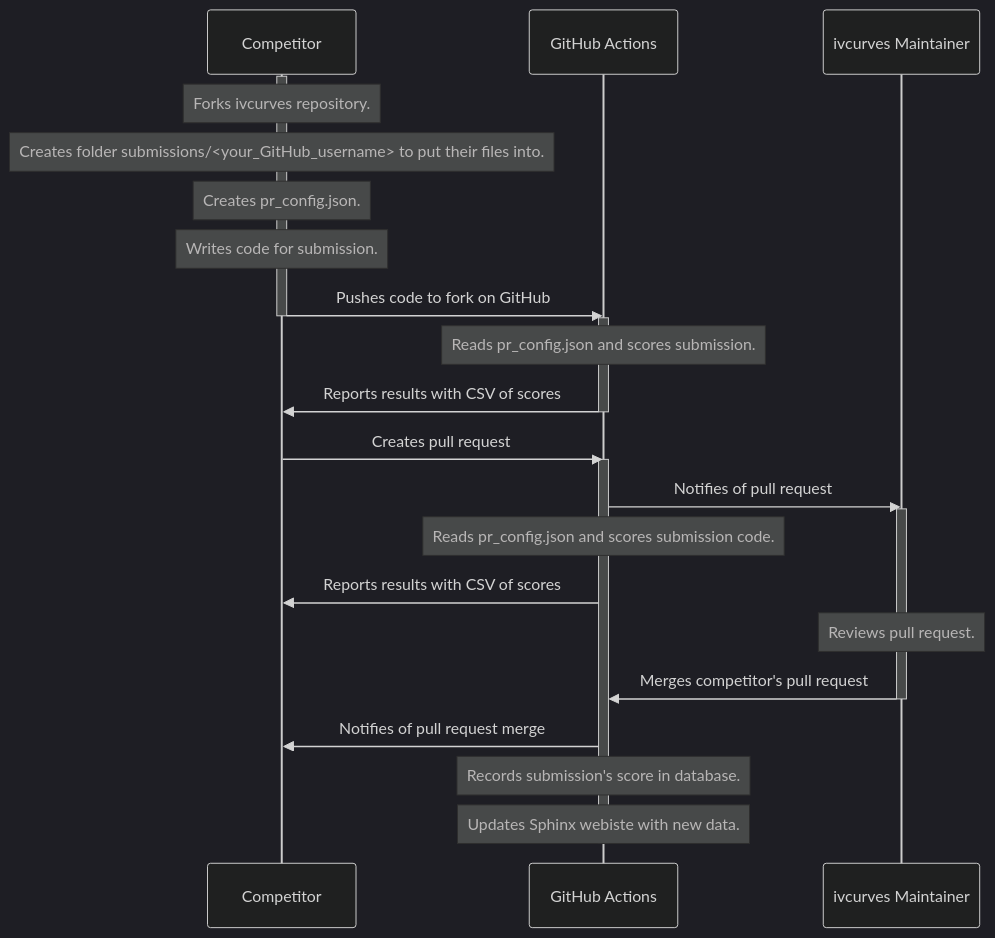
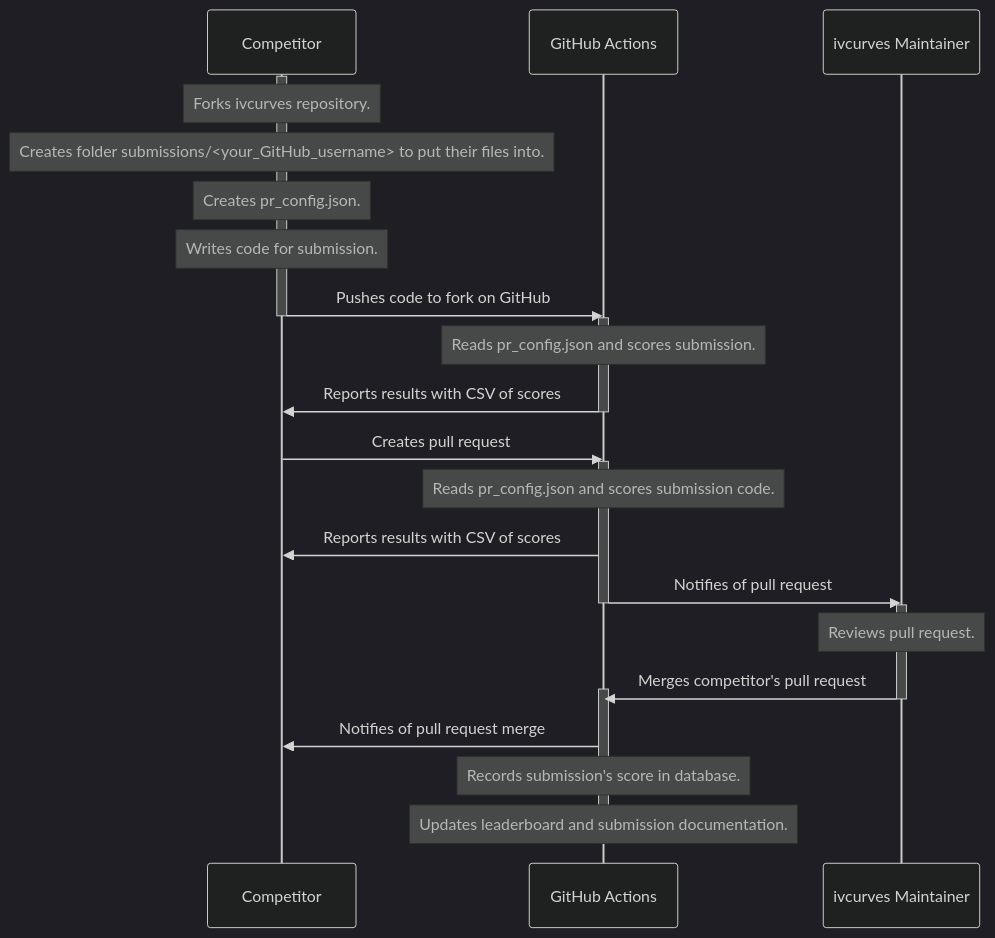
Before and after one commit to uofutahcapstoneahjregistryteam/ivcurves: the diagram in docs/sphinx/source/participating.rst, drawn with Mermaid (dark theme). The commit also changed other lines of this file and 7 other files, not shown here.

```diff
--- a/docs/sphinx/source/participating.rst
+++ b/docs/sphinx/source/participating.rst
@@ -42,33 +47,35 @@
 .. mermaid::
 
    sequenceDiagram
        participant Competitor
        participant GitHub Actions
        participant ivcurves Maintainer
 
        activate Competitor
        Note over Competitor: Forks ivcurves repository.
        Note over Competitor: Creates folder submissions/<your_GitHub_username> to put their files into.
        Note over Competitor: Creates pr_config.json.
        Note over Competitor: Writes code for submission.
 
        Competitor->>GitHub Actions: Pushes code to fork on GitHub
        deactivate Competitor
        activate GitHub Actions
        Note over GitHub Actions: Reads pr_config.json and scores submission.
        GitHub Actions->>Competitor: Reports results with CSV of scores
        deactivate GitHub Actions
 
        Competitor->>GitHub Actions: Creates pull request
        activate GitHub Actions
-       GitHub Actions->>ivcurves Maintainer: Notifies of pull request
-       activate ivcurves Maintainer
        Note over GitHub Actions: Reads pr_config.json and scores submission code.
        GitHub Actions->>Competitor: Reports results with CSV of scores
+       GitHub Actions->>ivcurves Maintainer: Notifies of pull request
+       deactivate GitHub Actions
+       activate ivcurves Maintainer
        Note over ivcurves Maintainer: Reviews pull request.
        ivcurves Maintainer->>GitHub Actions: Merges competitor's pull request
+       activate GitHub Actions
        deactivate ivcurves Maintainer
        GitHub Actions->>Competitor: Notifies of pull request merge
        Note over GitHub Actions: Records submission's score in database.
-       Note over GitHub Actions: Updates Sphinx webiste with new data.
+       Note over GitHub Actions: Updates leaderboard and submission documentation.
        deactivate GitHub Actions
```
